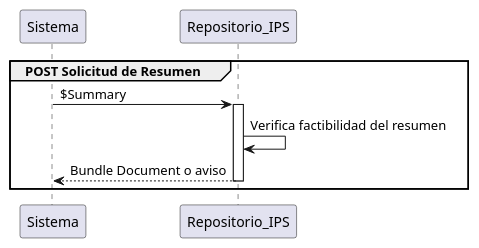
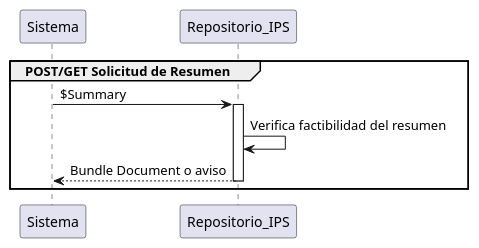
The diagram in input/images-source/CU1.plantuml (HL7Chile-BiomedicaUv/IPS-Embarazo), drawn with PlantUML before and after one commit. The commit also changed 2 other files, not shown here.

```diff
--- a/input/images-source/CU1.plantuml
+++ b/input/images-source/CU1.plantuml
@@ -1,11 +1,11 @@
 @startuml
 
-group POST Solicitud de Resumen
+group POST/GET Solicitud de Resumen
 Sistema -> Repositorio_IPS : $Summary
 activate Repositorio_IPS
 Repositorio_IPS -> Repositorio_IPS : Verifica factibilidad del resumen
 Repositorio_IPS --> Sistema : Bundle Document o aviso
 deactivate Repositorio_IPS
 end
 
 @enduml
```
